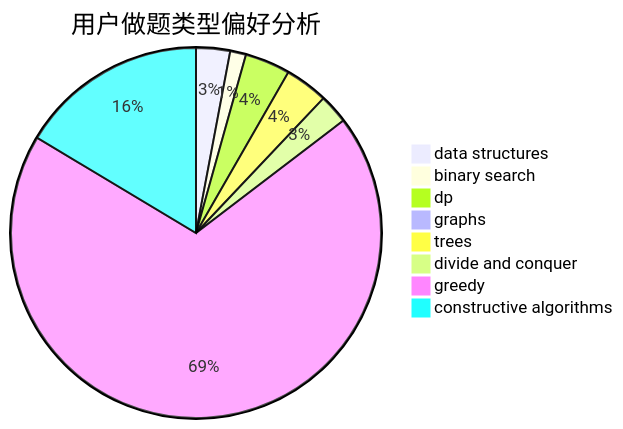
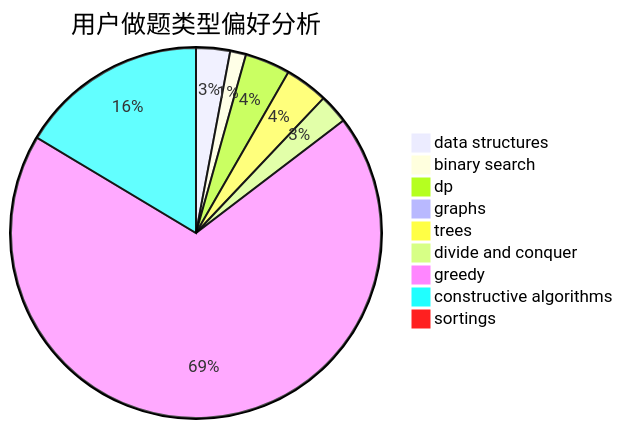
One commit to sherpahu/cfrs.github.io changed the second of 3 diagrams in docs/user/u825.md. Above: the diagram before and after it, drawn with Mermaid. The commit also changed other lines of this file and 2769 other files, not shown here.

````diff
--- a/docs/user/u825.md
+++ b/docs/user/u825.md
@@ -23,11 +18,12 @@
 ```mermaid
 pie title 用户做题类型偏好分析
     "data structures" :  15
     "binary search" :  7
     "dp" :  20
     "graphs" :  0
     "trees" :  19
     "divide and conquer" :  13
     "greedy" :  349
     "constructive algorithms" :  83
+    "sortings" :  1
 ```
````
